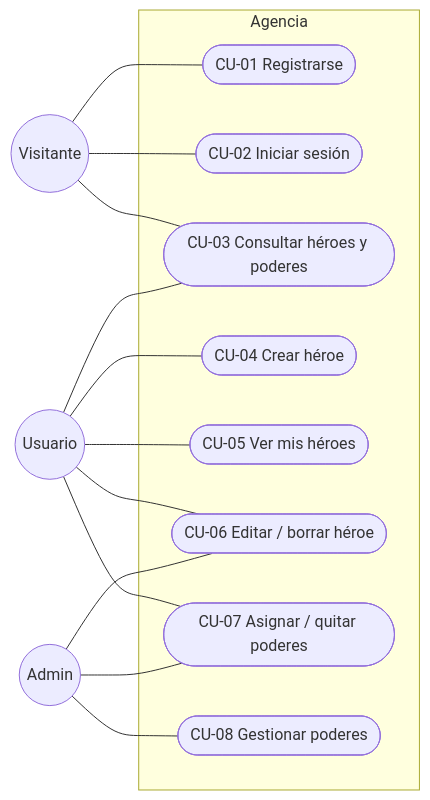
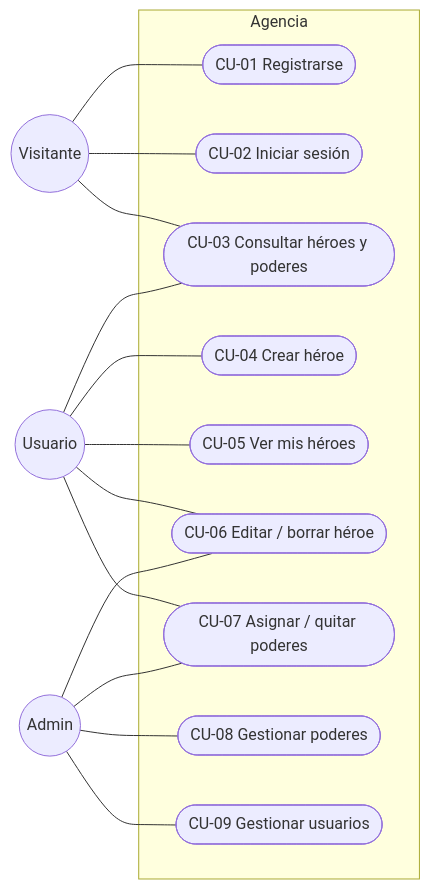
Before and after one commit to LdMe/backend_superheroes_segunda: the second of 7 diagrams in docs/memoria.md, drawn with Mermaid. The commit also changed other lines of this file and 19 other files, not shown here.

````diff
--- a/docs/memoria.md
+++ b/docs/memoria.md
@@ -185,29 +208,31 @@
 ```mermaid
 flowchart LR
     V((Visitante))
     U((Usuario))
     A((Admin))
 
     subgraph Agencia
         CU1([CU-01 Registrarse])
         CU2([CU-02 Iniciar sesión])
         CU3([CU-03 Consultar héroes y poderes])
         CU4([CU-04 Crear héroe])
         CU5([CU-05 Ver mis héroes])
         CU6([CU-06 Editar / borrar héroe])
         CU7([CU-07 Asignar / quitar poderes])
         CU8([CU-08 Gestionar poderes])
+        CU9([CU-09 Gestionar usuarios])
     end
 
     V --- CU1
     V --- CU2
     V --- CU3
     U --- CU3
     U --- CU4
     U --- CU5
     U --- CU6
     U --- CU7
     A --- CU6
     A --- CU7
     A --- CU8
+    A --- CU9
 ```
````
